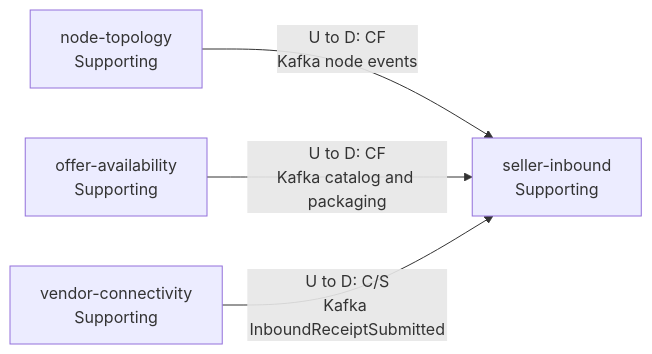
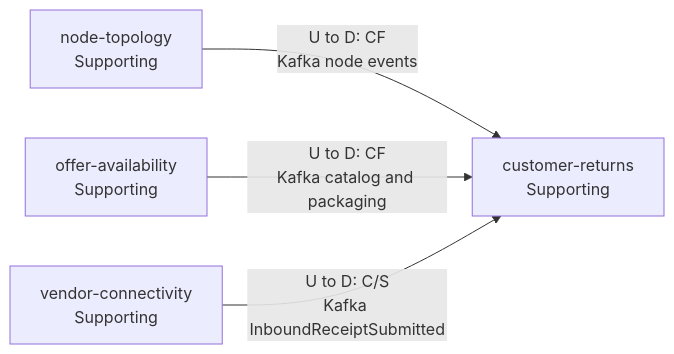
Before and after one commit to IQVO/customer-returns: the first of 2 diagrams in docs/docs/ddd/context-map.md, drawn with Mermaid. The commit also changed other lines of this file and 138 other files, not shown here.

Commit message:
docs: the CloudEvents type catalogue lines, the CR docs site identity, chart sweep to the four consumer groups

````diff
--- a/docs/docs/ddd/context-map.md
+++ b/docs/docs/ddd/context-map.md
@@ -17,10 +17,10 @@
 ```mermaid
 flowchart LR
     NT["node-topology<br/>Supporting"]
     OA["offer-availability<br/>Supporting"]
     VC["vendor-connectivity<br/>Supporting"]
-    SI["seller-inbound<br/>Supporting"]
+    SI["customer-returns<br/>Supporting"]
     NT -->|"U to D: CF<br/>Kafka node events"| SI
     OA -->|"U to D: CF<br/>Kafka catalog and packaging"| SI
     VC -->|"U to D: C/S<br/>Kafka InboundReceiptSubmitted"| SI
 ```
````
